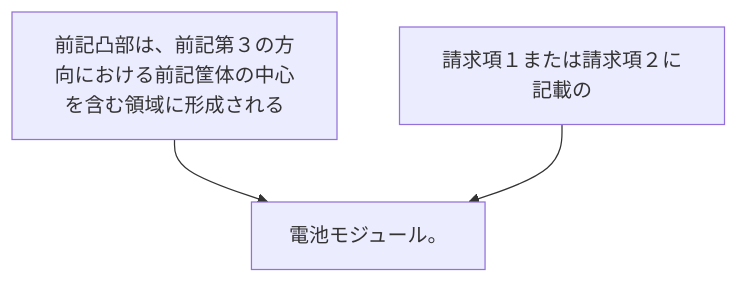
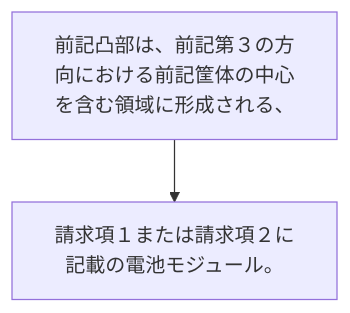
Before and after one commit to shinmori55/patent_analyzed: the diagram in 2024/JP2024039203A/claim_3/README.md, drawn with Mermaid. The commit also changed 336 other files, not shown here.

````diff
--- a/2024/JP2024039203A/claim_3/README.md
+++ b/2024/JP2024039203A/claim_3/README.md
@@ -2,8 +2,6 @@
 ```mermaid
 flowchart TD
-A[前記凸部は、前記第３の方向における前記筐体の中心を含む領域に形成される]
-B[請求項１または請求項２に記載の]
-C[電池モジュール。]
-A --> C
-B --> C
+A[前記凸部は、前記第３の方向における前記筐体の中心を含む領域に形成される、]
+B[請求項１または請求項２に記載の電池モジュール。]
+A --> B
 ```
````
